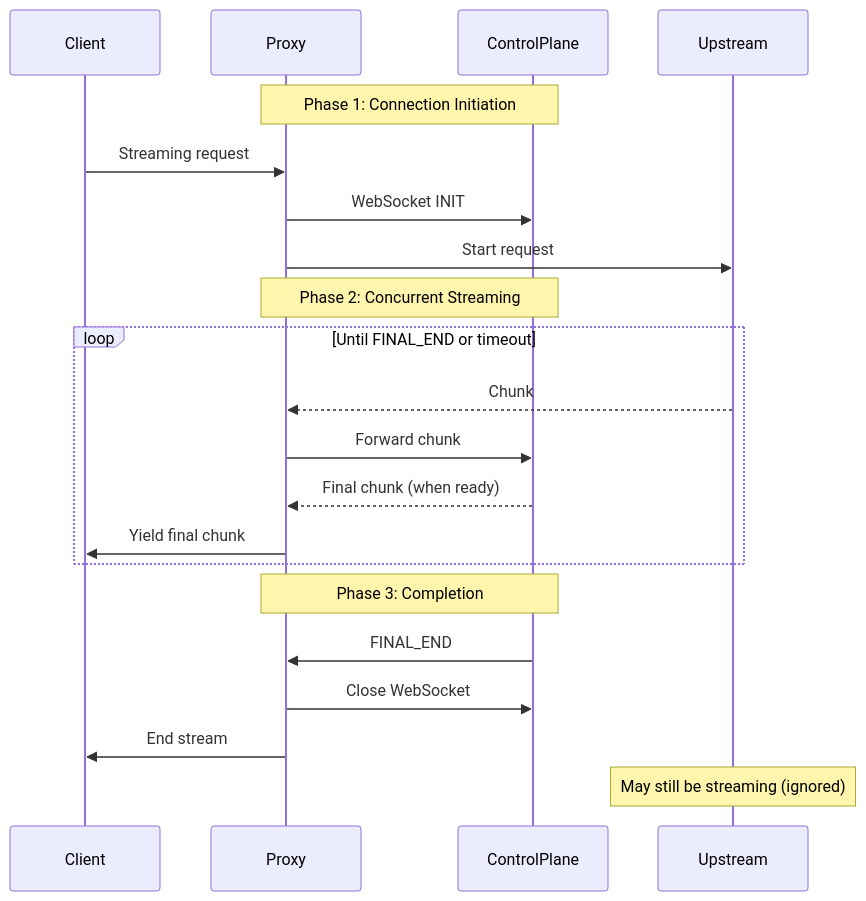
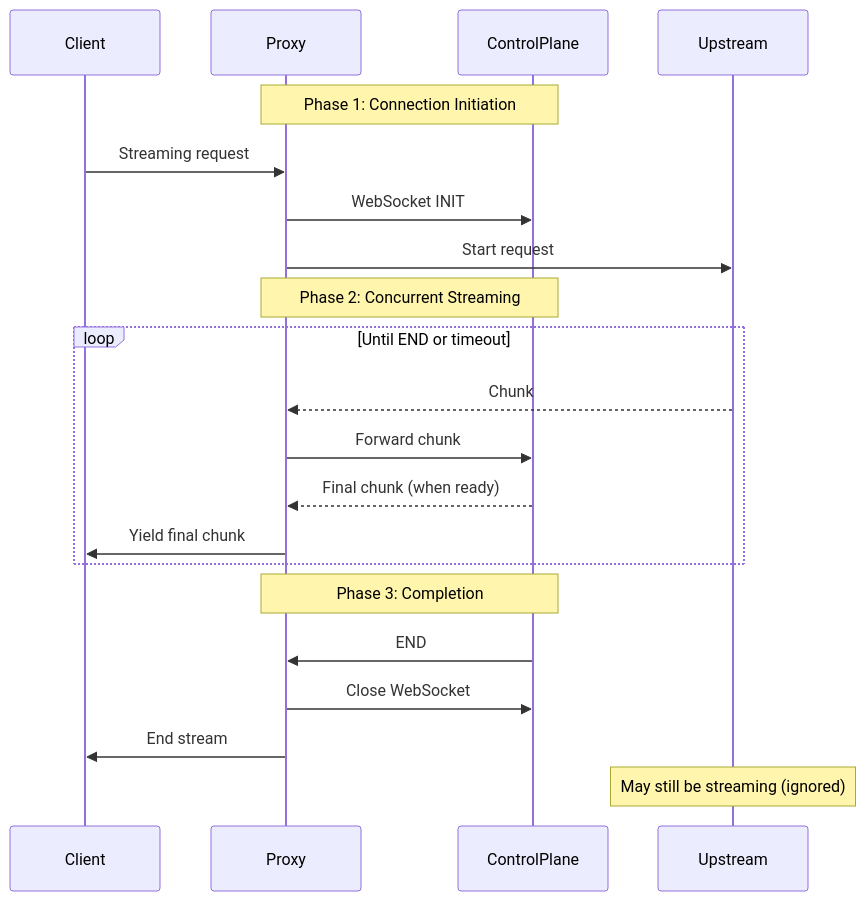
One commit to LuthienResearch/luthien-proxy changed the first of 5 diagrams in dev/streaming-rewrite-plan.md. Above: the diagram before and after it, drawn with Mermaid. The commit also changed other lines of this file, not shown here.

````diff
--- a/dev/streaming-rewrite-plan.md
+++ b/dev/streaming-rewrite-plan.md
@@ -91,26 +142,26 @@
 ```mermaid
 sequenceDiagram
     participant Client
     participant Proxy
     participant ControlPlane
     participant Upstream
 
     Note over Proxy,ControlPlane: Phase 1: Connection Initiation
     Client->>Proxy: Streaming request
     Proxy->>ControlPlane: WebSocket INIT
     Proxy->>Upstream: Start request
 
     Note over Proxy,ControlPlane: Phase 2: Concurrent Streaming
-    loop Until FINAL_END or timeout
+    loop Until END or timeout
         Upstream-->>Proxy: Chunk
         Proxy->>ControlPlane: Forward chunk
         ControlPlane-->>Proxy: Final chunk (when ready)
         Proxy->>Client: Yield final chunk
     end
 
     Note over Proxy,ControlPlane: Phase 3: Completion
-    ControlPlane->>Proxy: FINAL_END
+    ControlPlane->>Proxy: END
     Proxy->>ControlPlane: Close WebSocket
     Proxy->>Client: End stream
     Note over Upstream: May still be streaming (ignored)
 ```
````
